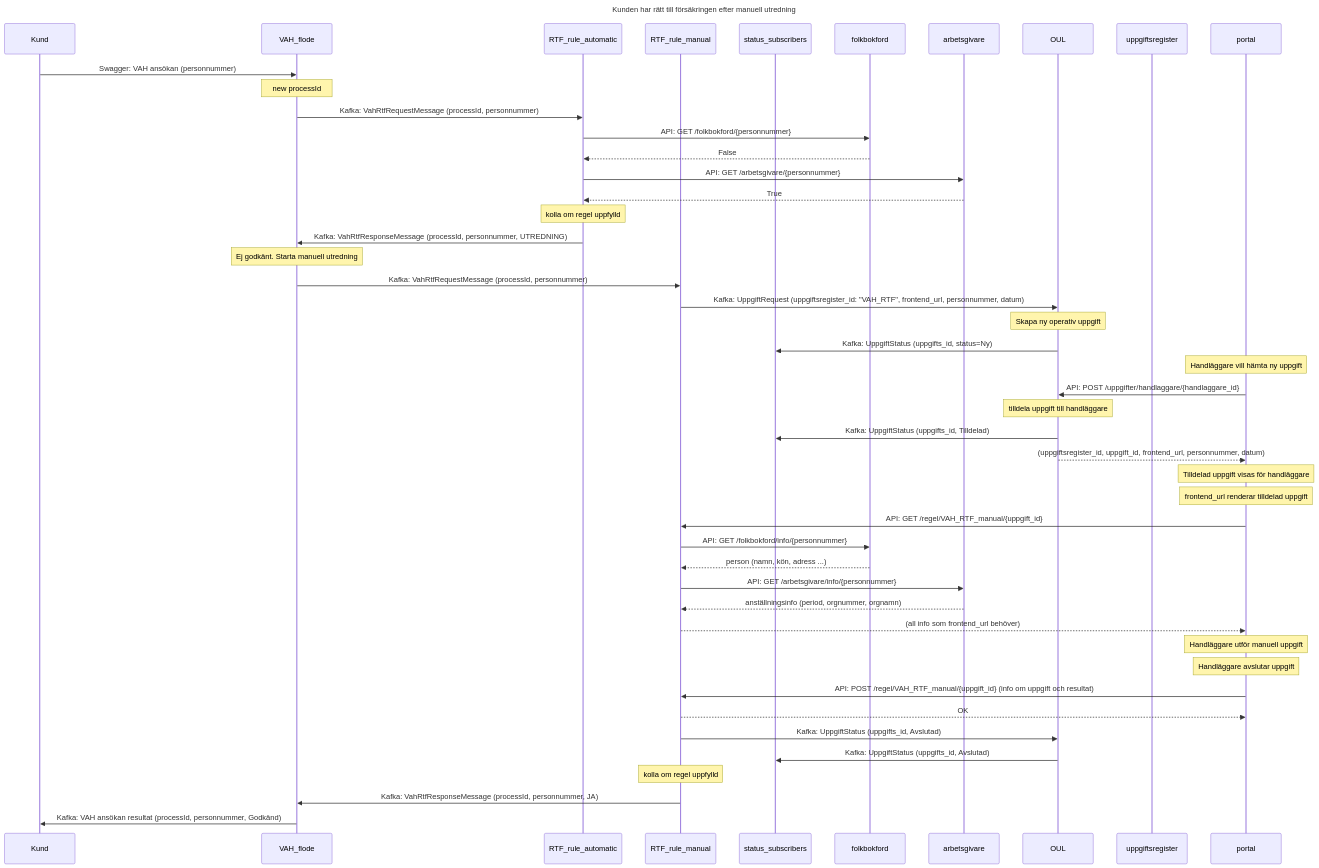
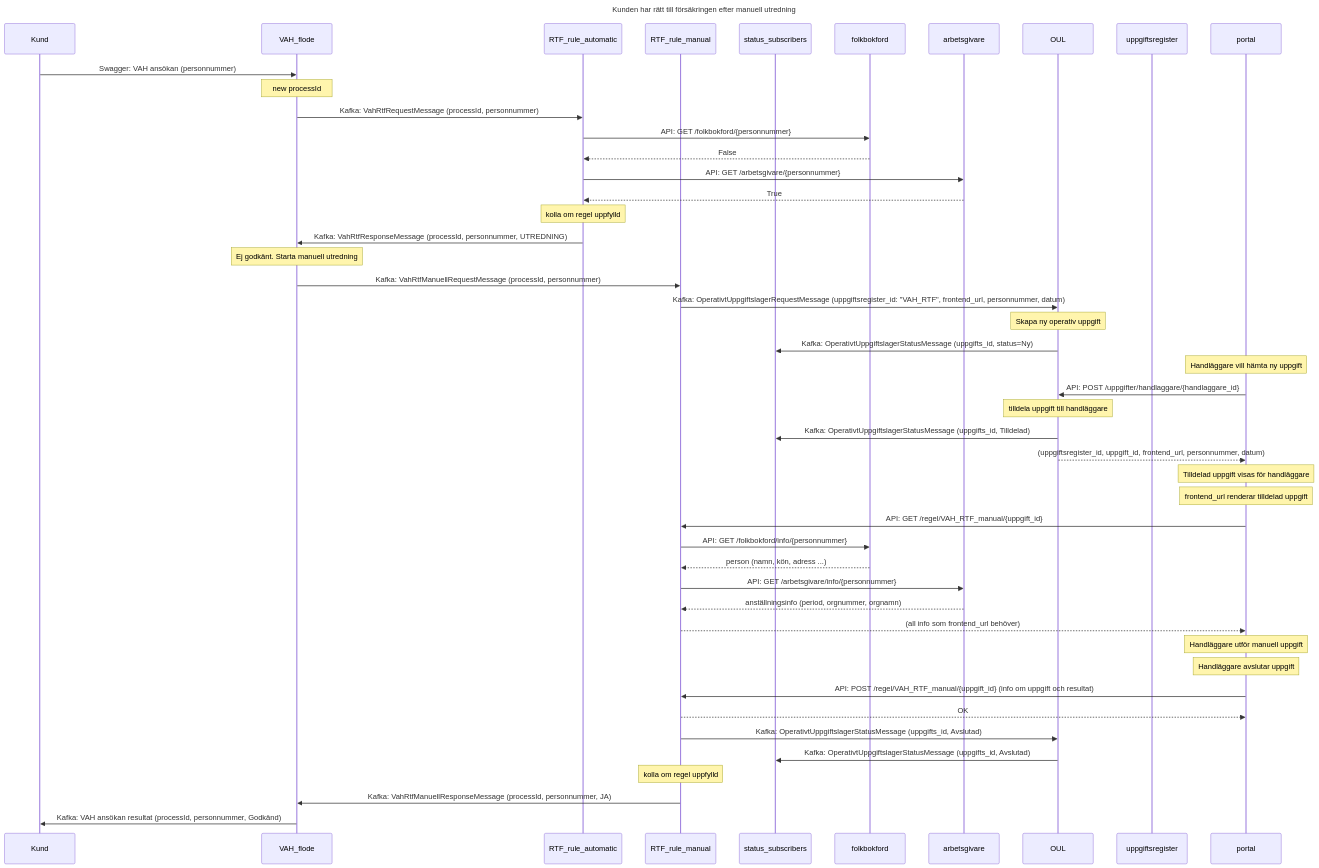
One commit to Forsakringskassan/rimfrost changed the diagram in sequences/ratt_till_forsakring_manuellt_datamodel.mmd. Above: the diagram before and after it, drawn with Mermaid.

Commit message:
fix: uppdaterar namn på Kafka-messages

```diff
--- a/sequences/ratt_till_forsakring_manuellt_datamodel.mmd
+++ b/sequences/ratt_till_forsakring_manuellt_datamodel.mmd
@@ -1,57 +1,57 @@
 sequenceDiagram
     title Kunden har rätt till försäkringen efter manuell utredning
     participant Kund
     participant VAH_flode
     participant RTF_rule_automatic
     participant RTF_rule_manual
     participant status_subscribers
     participant folkbokford
     participant arbetsgivare
     participant OUL
     participant uppgiftsregister
     participant portal
 
     Kund ->> VAH_flode: Swagger: VAH ansökan (personnummer)
     note over VAH_flode: new processId
     VAH_flode ->> RTF_rule_automatic: Kafka: VahRtfRequestMessage (processId, personnummer)
     RTF_rule_automatic ->> folkbokford: API: GET /folkbokford/{personnummer}
     folkbokford -->> RTF_rule_automatic: False
     RTF_rule_automatic ->> arbetsgivare: API:  GET /arbetsgivare/{personnummer}
     arbetsgivare -->> RTF_rule_automatic: True
     note over RTF_rule_automatic: kolla om regel uppfylld
     RTF_rule_automatic ->> VAH_flode: Kafka: VahRtfResponseMessage (processId, personnummer, UTREDNING)
     note over VAH_flode: Ej godkänt. Starta manuell utredning
 
-    VAH_flode ->> RTF_rule_manual: Kafka: VahRtfRequestMessage (processId, personnummer)
-    RTF_rule_manual ->> OUL: Kafka: UppgiftRequest (uppgiftsregister_id: "VAH_RTF", frontend_url, personnummer, datum)
+    VAH_flode ->> RTF_rule_manual: Kafka: VahRtfManuellRequestMessage (processId, personnummer)
+    RTF_rule_manual ->> OUL: Kafka: OperativtUppgiftslagerRequestMessage (uppgiftsregister_id: "VAH_RTF", frontend_url, personnummer, datum)
     note over OUL: Skapa ny operativ uppgift
-    OUL ->> status_subscribers: Kafka: UppgiftStatus (uppgifts_id, status=Ny)
+    OUL ->> status_subscribers: Kafka: OperativtUppgiftslagerStatusMessage (uppgifts_id, status=Ny)
     note over portal: Handläggare vill hämta ny uppgift
     portal ->> OUL: API: POST /uppgifter/handlaggare/{handlaggare_id}
     note over OUL: tilldela uppgift till handläggare
-    OUL ->> status_subscribers: Kafka: UppgiftStatus (uppgifts_id, Tilldelad)
+    OUL ->> status_subscribers: Kafka: OperativtUppgiftslagerStatusMessage (uppgifts_id, Tilldelad)
     OUL -->> portal: (uppgiftsregister_id, uppgift_id, frontend_url, personnummer, datum)
     note over portal: Tilldelad uppgift visas för handläggare
     note over portal: frontend_url renderar tilldelad uppgift
 
     portal ->> RTF_rule_manual: API: GET /regel/VAH_RTF_manual/{uppgift_id}
     RTF_rule_manual ->> folkbokford: API: GET /folkbokford/info/{personnummer}
     folkbokford -->> RTF_rule_manual: person (namn, kön, adress ...)
 
     RTF_rule_manual ->> arbetsgivare: API: GET /arbetsgivare/info/{personnummer}
     arbetsgivare -->> RTF_rule_manual: anställningsinfo (period, orgnummer, orgnamn)
 
     RTF_rule_manual -->> portal: (all info som frontend_url behöver)
 
     note over portal: Handläggare utför manuell uppgift
     note over portal: Handläggare avslutar uppgift
 
     portal ->>  RTF_rule_manual:API: POST /regel/VAH_RTF_manual/{uppgift_id} (info om uppgift och resultat)
     RTF_rule_manual -->> portal: OK
-    RTF_rule_manual ->> OUL: Kafka: UppgiftStatus (uppgifts_id, Avslutad)
-    OUL ->> status_subscribers: Kafka: UppgiftStatus (uppgifts_id, Avslutad)
+    RTF_rule_manual ->> OUL: Kafka: OperativtUppgiftslagerStatusMessage (uppgifts_id, Avslutad)
+    OUL ->> status_subscribers: Kafka: OperativtUppgiftslagerStatusMessage (uppgifts_id, Avslutad)
 
     note over RTF_rule_manual: kolla om regel uppfylld
-    RTF_rule_manual ->> VAH_flode: Kafka: VahRtfResponseMessage (processId, personnummer, JA)
+    RTF_rule_manual ->> VAH_flode: Kafka: VahRtfManuellResponseMessage (processId, personnummer, JA)
 
     VAH_flode ->> Kund: Kafka: VAH ansökan resultat (processId, personnummer, Godkänd)
```
